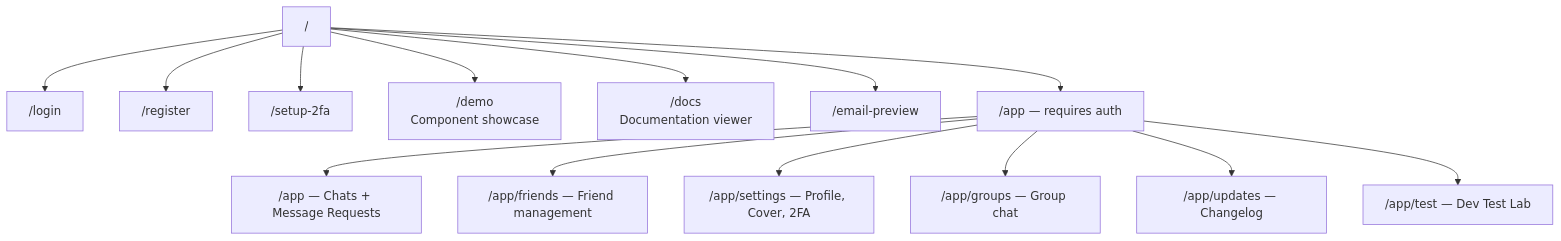
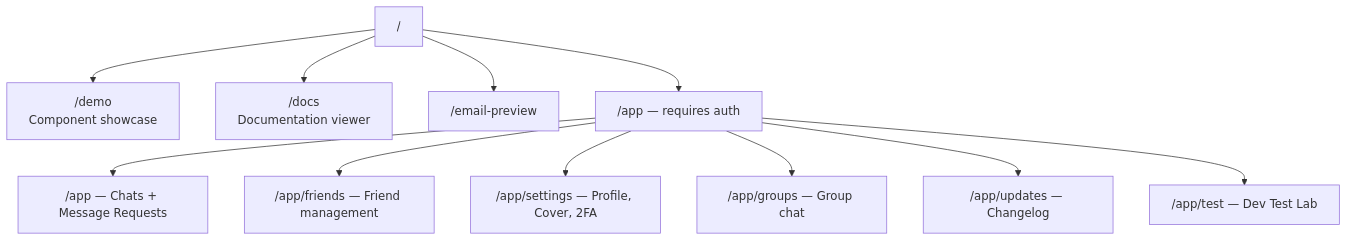
Before and after one commit to neofuture/chatr: the first of 4 diagrams in Documentation/Frontend/index.md, drawn with Mermaid. The commit also changed 69 other files, not shown here.

````diff
--- a/Documentation/Frontend/index.md
+++ b/Documentation/Frontend/index.md
@@ -11,17 +11,14 @@
 ```mermaid
 graph TD
-    root["/"] --> login["/login"]
-    root --> register["/register"]
-    root --> setup2fa["/setup-2fa"]
-    root --> demo["/demo<br/>Component showcase"]
+    root["/"] --> demo["/demo<br/>Component showcase"]
     root --> docs["/docs<br/>Documentation viewer"]
     root --> emailpreview["/email-preview"]
     root --> app["/app — requires auth"]
 
     app --> apphome["/app — Chats + Message Requests"]
     app --> friends["/app/friends — Friend management"]
     app --> settings["/app/settings — Profile, Cover, 2FA"]
     app --> groups["/app/groups — Group chat"]
     app --> updates["/app/updates — Changelog"]
     app --> test["/app/test — Dev Test Lab"]
 ```
````
